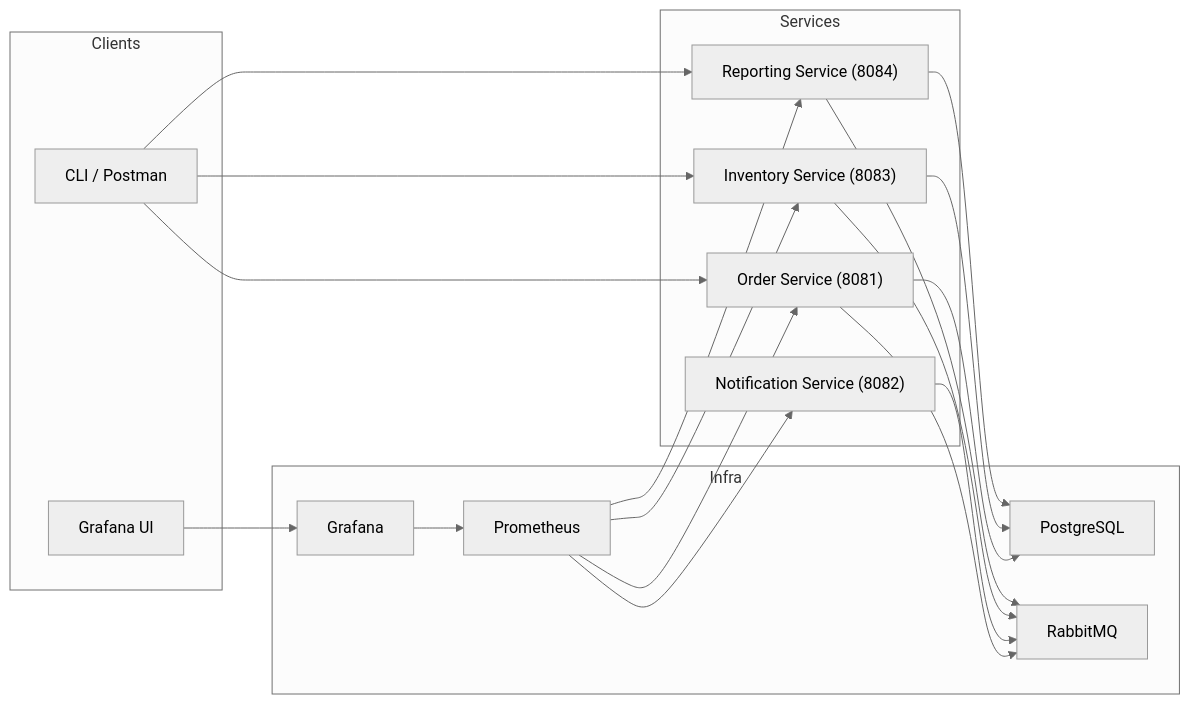
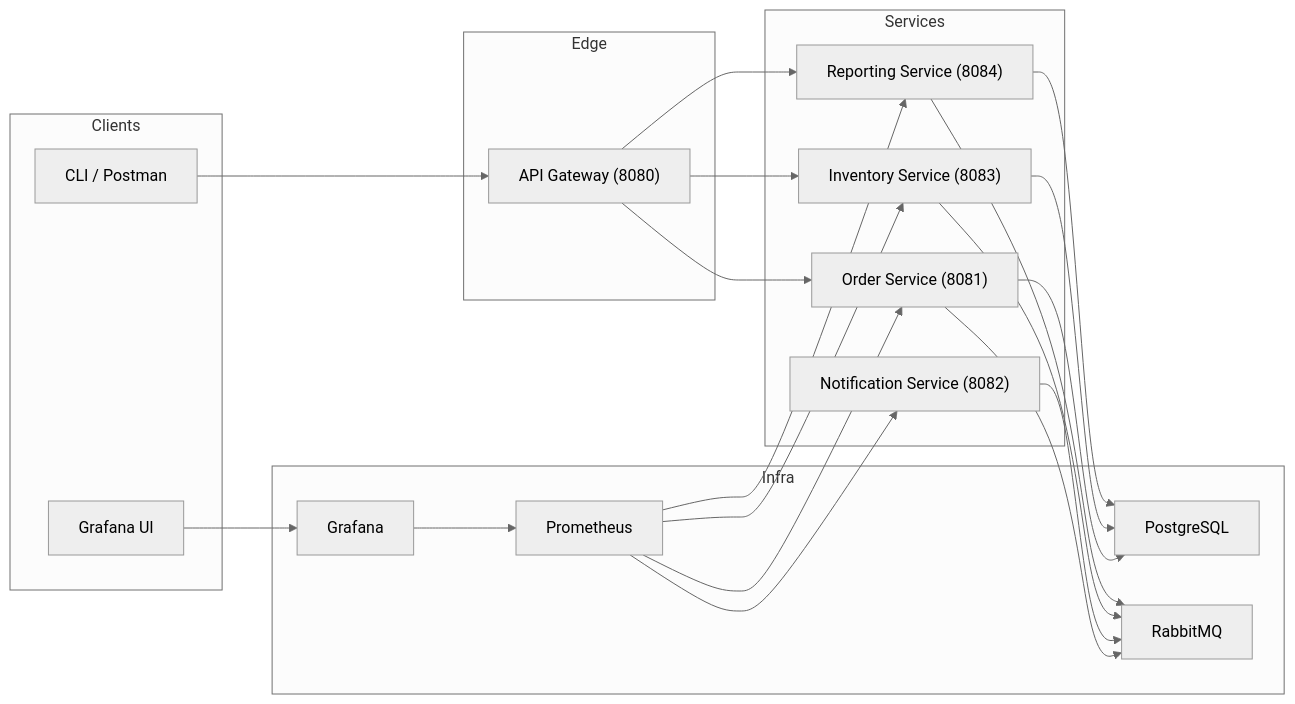
Before and after one commit to hacisimsek/real-time-order-system: the diagram in docs/setup/running.md, drawn with Mermaid (neutral theme). The commit also changed other lines of this file and 260 other files, not shown here.

````diff
--- a/docs/setup/running.md
+++ b/docs/setup/running.md
@@ -9,38 +9,43 @@
 ```mermaid
 graph LR
     subgraph Clients
         CLI["CLI / Postman"]
         GrafanaUI["Grafana UI"]
+    end
+
+    subgraph Edge
+        Gateway["API Gateway (8080)"]
     end
 
     subgraph Services
         Order["Order Service (8081)"]
         Notification["Notification Service (8082)"]
         Inventory["Inventory Service (8083)"]
         Reporting["Reporting Service (8084)"]
     end
 
     subgraph Infra
         Postgres["PostgreSQL"]
         RabbitMQ["RabbitMQ"]
         Prom["Prometheus"]
         Grafana["Grafana"]
     end
 
-    CLI --> Order
-    CLI --> Inventory
-    CLI --> Reporting
+    CLI --> Gateway
+    Gateway --> Order
+    Gateway --> Inventory
+    Gateway --> Reporting
     Order --> RabbitMQ
     Notification --> RabbitMQ
     Inventory --> RabbitMQ
     Reporting --> RabbitMQ
     Order --> Postgres
     Inventory --> Postgres
     Reporting --> Postgres
     Prom --> Order
     Prom --> Inventory
     Prom --> Notification
     Prom --> Reporting
     Grafana --> Prom
     GrafanaUI --> Grafana
 ```
````
